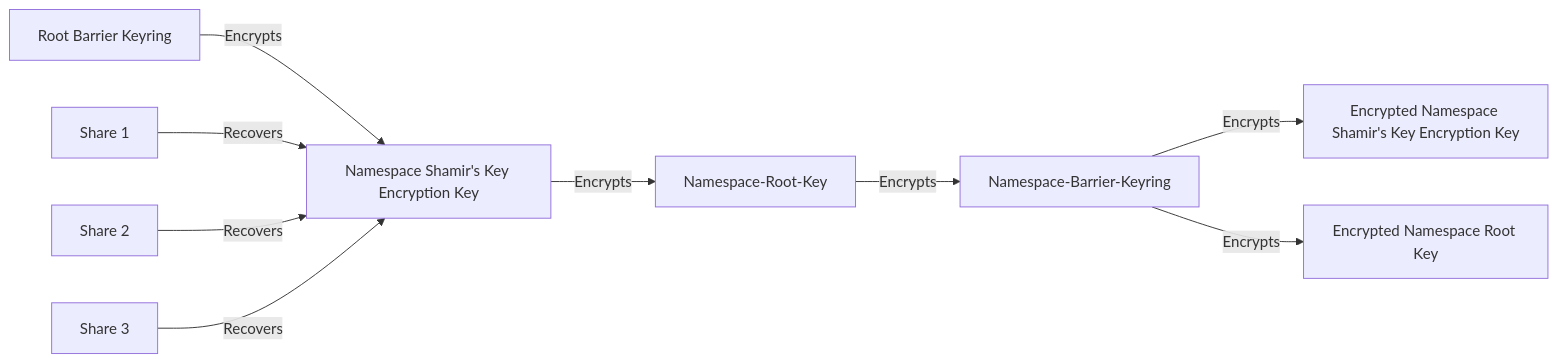
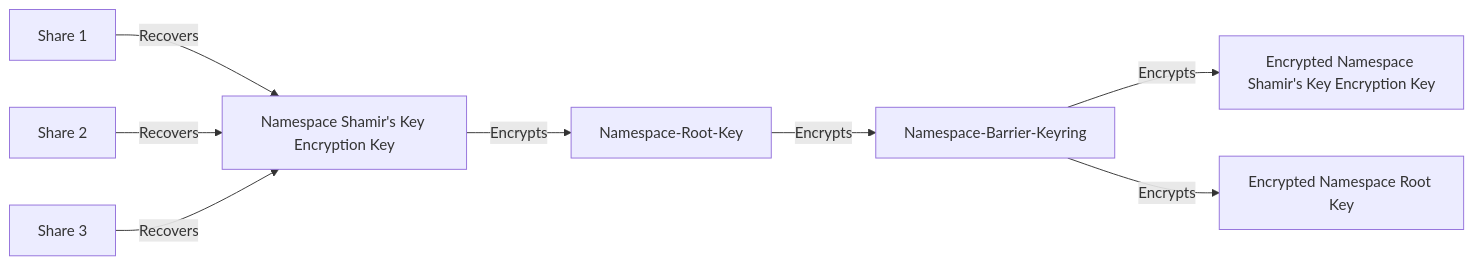
The second of 3 diagrams in website/content/docs/rfcs/namespace-sealing.mdx (openbao/openbao), drawn with Mermaid before and after one commit. The commit also changed other lines of this file and 3 other files, not shown here.

````diff
--- a/website/content/docs/rfcs/namespace-sealing.mdx
+++ b/website/content/docs/rfcs/namespace-sealing.mdx
@@ -107,11 +144,10 @@
 ```mermaid
 graph LR
-RBE2[Root Barrier Keyring] -->|Encrypts| B[Shamir's Key Encryption Key]
 A1[Share 1] -->|Recovers| B[Namespace Shamir's Key Encryption Key]
 A2[Share 2] -->|Recovers| B[Namespace Shamir's Key Encryption Key]
 A3[Share 3] -->|Recovers| B[Namespace Shamir's Key Encryption Key]
     B -->|Encrypts| C[Namespace-Root-Key]
     C -->|Encrypts| RBE[Namespace-Barrier-Keyring]
     RBE -->|Encrypts| ESK[Encrypted Namespace Shamir's Key Encryption Key]
     RBE -->|Encrypts| ENSRK[Encrypted Namespace Root Key]
 ```
````
